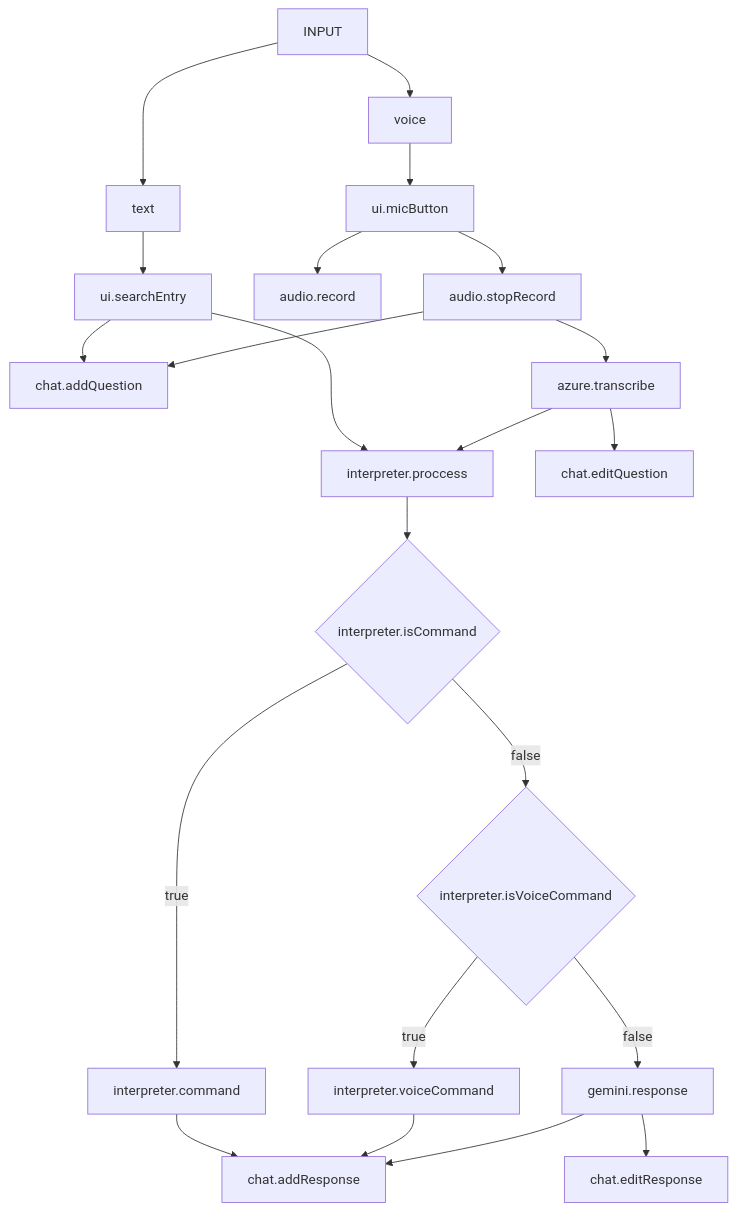
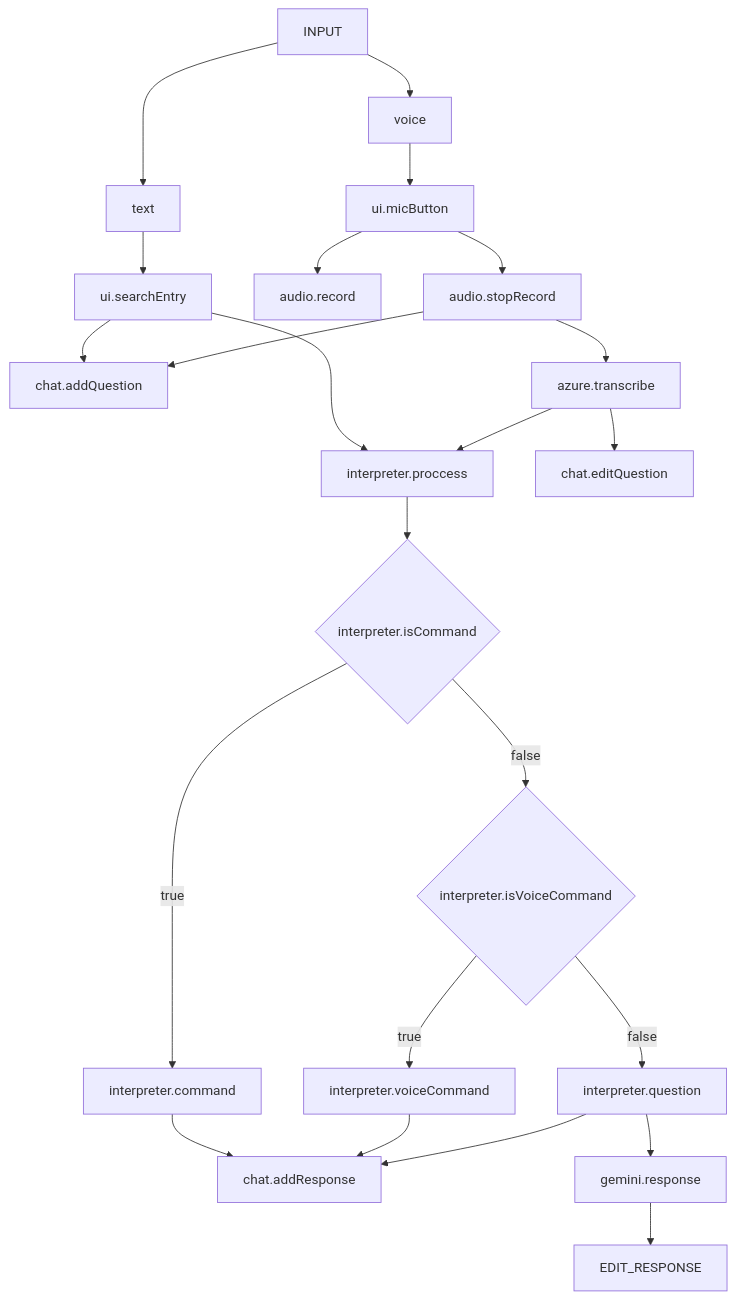
The diagram in Flowchart.md (hermannhahn/aiva), drawn with Mermaid before and after one commit. The commit also changed 1 other file, not shown here.

````diff
--- a/Flowchart.md
+++ b/Flowchart.md
@@ -1,30 +1,30 @@
 ```mermaid
 graph TD
     %% INPUT
     INPUT[INPUT] --> INPUT_TEXT
     INPUT --> INPUT_VOICE
 
     %% TEXT
     INPUT_TEXT[text] --> SEARCH_ENTRY[ui.searchEntry]
     SEARCH_ENTRY --> ADD_QUESTION[chat.addQuestion]
     SEARCH_ENTRY --> PROCCESS[interpreter.proccess]
 
     %% VOICE
     INPUT_VOICE[voice] --> MIC_BUTTON[ui.micButton]
     MIC_BUTTON --> RECORD[audio.record]
     MIC_BUTTON --> STOP_RECORD[audio.stopRecord]
 
     %% Audio
     STOP_RECORD --> ADD_QUESTION
     STOP_RECORD --> TRANSCRIBE[azure.transcribe]
     TRANSCRIBE --> EDIT_QUESTION[chat.editQuestion]
     TRANSCRIBE --> PROCCESS
 
     %% Interpreter
     PROCCESS --> IS_COMMAND{interpreter.isCommand}
     IS_COMMAND -- true --> COMMAND[interpreter.command] --> ADD_RESPONSE[chat.addResponse]
     IS_COMMAND -- false --> IS_VOICE_COMMAND{interpreter.isVoiceCommand}
     IS_VOICE_COMMAND -- true --> VOICE_COMMAND[interpreter.voiceCommand] --> ADD_RESPONSE
-    IS_VOICE_COMMAND -- false --> RESPONSE[gemini.response] --> ADD_RESPONSE[chat.addResponse]
-    RESPONSE --> EDIT_RESPONSE[chat.editResponse]
+    IS_VOICE_COMMAND -- false --> QUESTION[interpreter.question] --> ADD_RESPONSE
+    QUESTION --> RESPONSE[gemini.response] --> EDIT_RESPONSE
 ```
````
